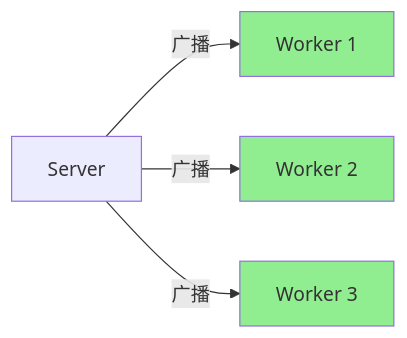
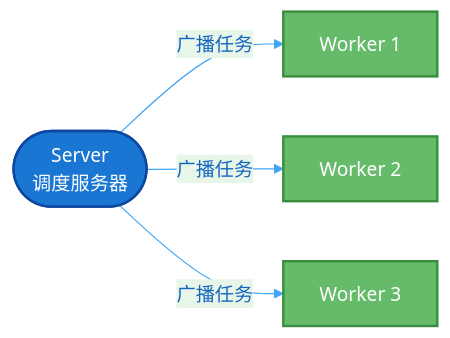
The second of 6 diagrams in zh/core/execution-mode.md (Echo009/PowerJob-Docs), drawn with Mermaid before and after one commit. The commit also changed other lines of this file and 7 other files, not shown here.

Commit message:
chore: 优化文档中的 mermaid 图表样式

````diff
--- a/zh/core/execution-mode.md
+++ b/zh/core/execution-mode.md
@@ -59,10 +61,12 @@
 ```mermaid
+%%{init: {'theme':'base', 'themeVariables': { 'primaryColor':'#e3f2fd', 'primaryTextColor':'#1565c0', 'primaryBorderColor':'#1976d2', 'lineColor':'#42a5f5', 'secondaryColor':'#e8f5e9', 'tertiaryColor':'#fff3e0', 'background':'#ffffff'}}}%%
 graph LR
-    Server[Server] -->|广播| W1[Worker 1]
-    Server -->|广播| W2[Worker 2]
-    Server -->|广播| W3[Worker 3]
+    Server([Server<br/>调度服务器]) -->|广播任务| W1[Worker 1]
+    Server -->|广播任务| W2[Worker 2]
+    Server -->|广播任务| W3[Worker 3]
 
-    style W1 fill:#90EE90
-    style W2 fill:#90EE90
-    style W3 fill:#90EE90
+    style Server fill:#1976d2,stroke:#0d47a1,stroke-width:2px,color:#fff
+    style W1 fill:#66bb6a,stroke:#388e3c,stroke-width:2px,color:#fff
+    style W2 fill:#66bb6a,stroke:#388e3c,stroke-width:2px,color:#fff
+    style W3 fill:#66bb6a,stroke:#388e3c,stroke-width:2px,color:#fff
 ```
````
